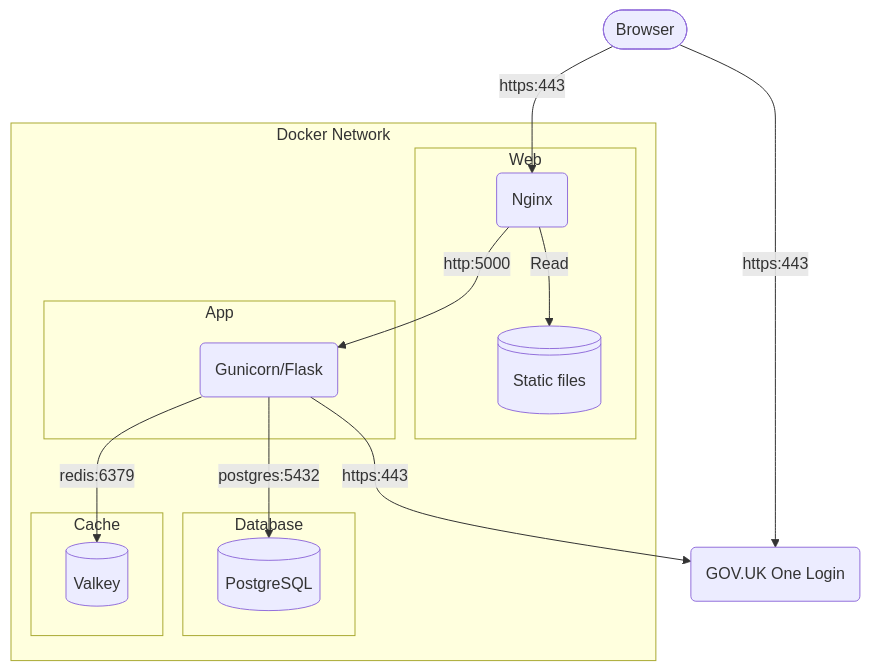
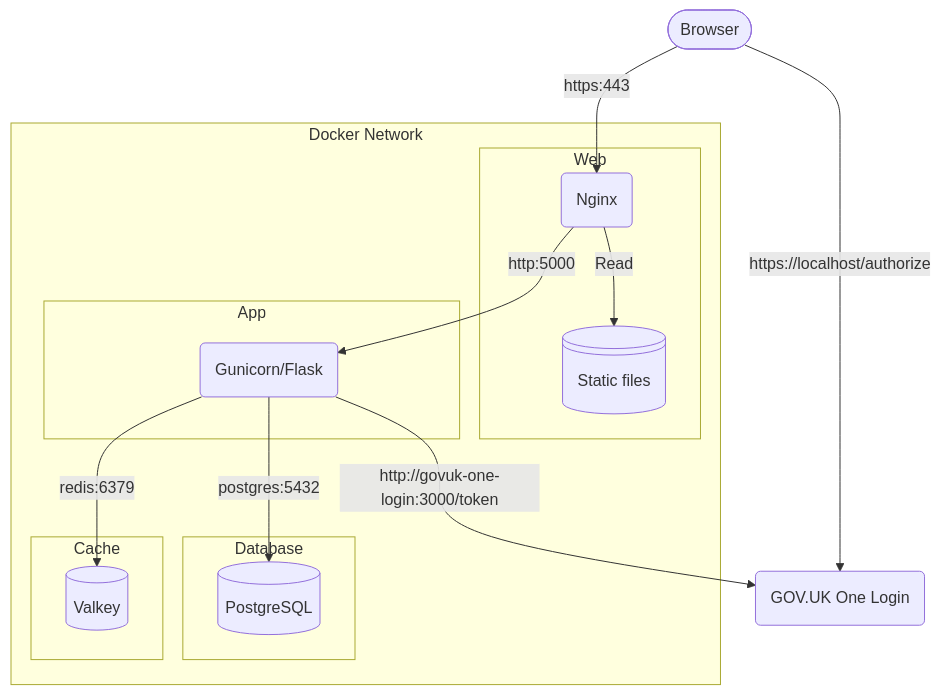
One commit to LandRegistry/govuk-frontend-flask changed the second of 2 diagrams in README.md. Above: the diagram before and after it, drawn with Mermaid. The commit also changed other lines of this file, not shown here.

Commit message:
more explicit urls in diagrams

````diff
--- a/README.md
+++ b/README.md
@@ -163,32 +168,33 @@
 ```mermaid
 flowchart TB
     browser([Browser])
     db@{ shape: cyl, label: "PostgreSQL" }
     flask(Gunicorn/Flask)
     nginx(Nginx)
     static@{ shape: lin-cyl, label: "Static files" }
     valkey@{ shape: cyl, label: "Valkey" }
     one-login(GOV.UK One Login)
 
     browser -- https:443 --> nginx -- http:5000 --> flask -- postgres:5432 --> db
     flask -- redis:6379 --> valkey
-    flask & browser -- https:443 --> one-login
+    browser -- https://localhost/authorize --> one-login
+    flask -- http://govuk-one-login:3000/token --> one-login
 
     subgraph Docker Network
         subgraph Web
             nginx -- Read --> static
         end
 
         subgraph App
             flask
         end
 
         subgraph Database
             db
         end
 
         subgraph Cache
             valkey
         end
     end
 ```
````
